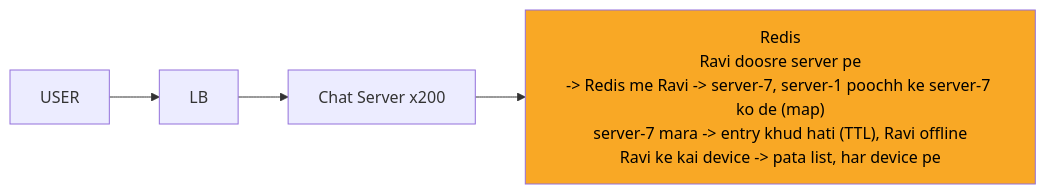
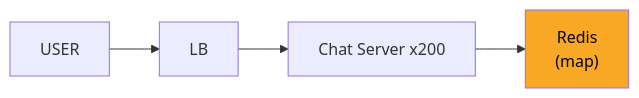
The diagram in 04_HLD/SYSTEM_DESIGNS/14_chat_messaging/img/c2.mmd (ArpanMaheshwari144/Prep), drawn with Mermaid before and after one commit. The commit also changed 144 other files, not shown here.

```diff
--- a/04_HLD/SYSTEM_DESIGNS/14_chat_messaging/img/c2.mmd
+++ b/04_HLD/SYSTEM_DESIGNS/14_chat_messaging/img/c2.mmd
@@ -1,10 +1,10 @@
 %%{init: {"flowchart": {"wrappingWidth": 450}}}%%
 flowchart LR
     n_U["USER"]
     n_LB["LB"]
     n_CS["Chat Server x200"]
-    n_R["Redis<br/>Ravi doosre server pe<br/>-> Redis me Ravi -> server-7, server-1 poochh ke server-7 ko de (map)<br/>server-7 mara -> entry khud hati (TTL), Ravi offline<br/>Ravi ke kai device -> pata list, har device pe"]
+    n_R["Redis<br/>(map)"]
     n_U --> n_LB
     n_LB --> n_CS
     n_CS --> n_R
     style n_R fill:#f9a825,color:#000
```
